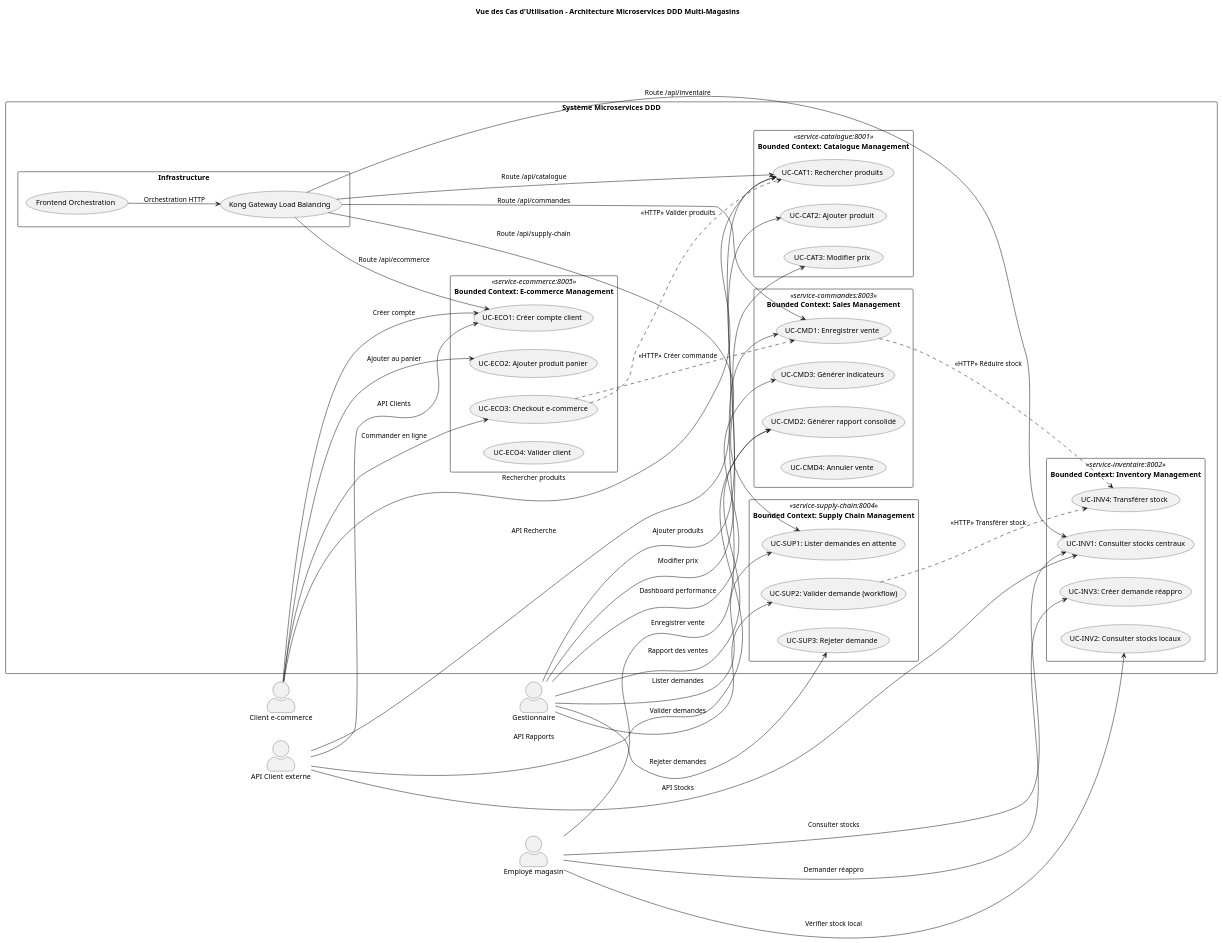
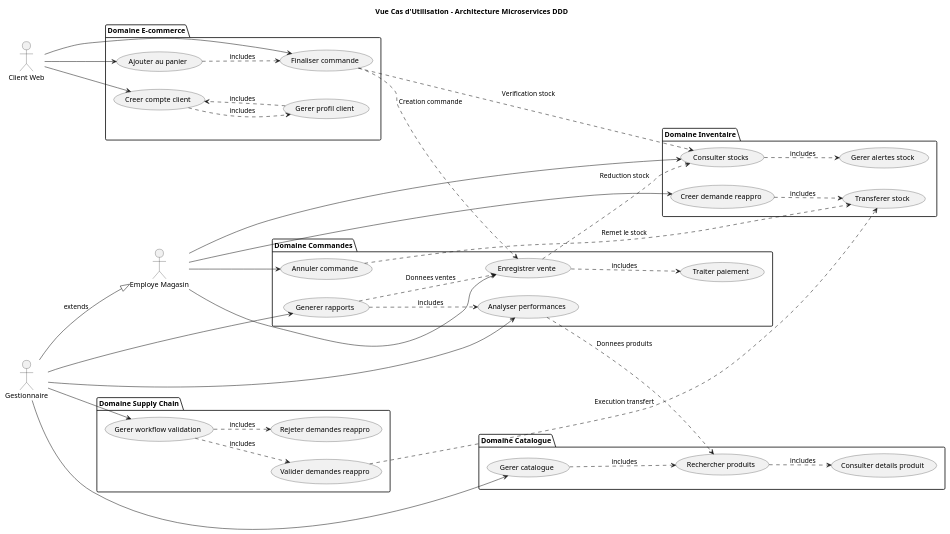
The diagram in docs/UML/vue-cas-utilisation.puml (TalipKoyluoglu/LOG430-Labo5), drawn with PlantUML before and after one commit. The commit also changed 15 other files, not shown here.

```diff
--- a/docs/UML/vue-cas-utilisation.puml
+++ b/docs/UML/vue-cas-utilisation.puml
@@ -1,96 +1,95 @@
-@startuml VueCasUtilisation
-skinparam backgroundColor #FFFFFF
-title Vue des Cas d'Utilisation - Architecture Microservices DDD Multi-Magasins
+@startuml scenarios
+
+title Vue Cas d'Utilisation - Architecture Microservices DDD
 
 left to right direction
-skinparam packageStyle rectangle
-skinparam actorStyle awesome
 
-actor "Employé magasin" as Employe
-actor "Gestionnaire" as Admin  
-actor "Client e-commerce" as ClientWeb
-actor "API Client externe" as ApiClient
+' Acteurs principaux
+actor "Client Web" as WebClient
+actor "Employe Magasin" as StoreEmployee
+actor "Gestionnaire" as Admin
 
-package "Système Microservices DDD" {
+' Héritage des rôles
+Admin --|> StoreEmployee : extends
+
+' Domaine Catalogue (service-catalogue)
+package "Domaine Catalogue" {
+    usecase "Rechercher produits" as UC01
+    usecase "Consulter details produit" as UC02
+    usecase "Gerer catalogue" as UC03
     
-    package "Bounded Context: Catalogue Management" <<service-catalogue:8001>> {
-        usecase "UC-CAT1: Rechercher produits" as UCAT1
-        usecase "UC-CAT2: Ajouter produit" as UCAT2
-        usecase "UC-CAT3: Modifier prix" as UCAT3
-    }
-    
-    package "Bounded Context: Inventory Management" <<service-inventaire:8002>> {
-        usecase "UC-INV1: Consulter stocks centraux" as UINV1
-        usecase "UC-INV2: Consulter stocks locaux" as UINV2
-        usecase "UC-INV3: Créer demande réappro" as UINV3
-        usecase "UC-INV4: Transférer stock" as UINV4
-    }
-    
-    package "Bounded Context: Sales Management" <<service-commandes:8003>> {
-        usecase "UC-CMD1: Enregistrer vente" as UCMD1
-        usecase "UC-CMD2: Générer rapport consolidé" as UCMD2
-        usecase "UC-CMD3: Générer indicateurs" as UCMD3
-        usecase "UC-CMD4: Annuler vente" as UCMD4
-    }
-    
-    package "Bounded Context: Supply Chain Management" <<service-supply-chain:8004>> {
-        usecase "UC-SUP1: Lister demandes en attente" as USUP1
-        usecase "UC-SUP2: Valider demande (workflow)" as USUP2
-        usecase "UC-SUP3: Rejeter demande" as USUP3
-    }
-    
-    package "Bounded Context: E-commerce Management" <<service-ecommerce:8005>> {
-        usecase "UC-ECO1: Créer compte client" as UECO1
-        usecase "UC-ECO2: Ajouter produit panier" as UECO2
-        usecase "UC-ECO3: Checkout e-commerce" as UECO3
-        usecase "UC-ECO4: Valider client" as UECO4
-    }
-    
-    package "Infrastructure" {
-        usecase "Kong Gateway Load Balancing" as GATEWAY
-        usecase "Frontend Orchestration" as FRONTEND
-    }
+    UC01 ..> UC02 : includes
+    UC03 ..> UC01 : includes
 }
 
-' Relations Employé Magasin
-Employe --> UCMD1 : Enregistrer vente
-Employe --> UINV1 : Consulter stocks
-Employe --> UINV2 : Vérifier stock local
-Employe --> UINV3 : Demander réappro
+' Domaine Inventaire (service-inventaire)
+package "Domaine Inventaire" {
+    usecase "Consulter stocks" as UC04
+    usecase "Creer demande reappro" as UC05
+    usecase "Transferer stock" as UC06
+    usecase "Gerer alertes stock" as UC07
+    
+    UC04 ..> UC07 : includes
+    UC05 ..> UC06 : includes
+}
 
-' Relations Gestionnaire 
-Admin --> UCMD2 : Rapport des ventes
-Admin --> UCMD3 : Dashboard performance
-Admin --> UCAT2 : Ajouter produits
-Admin --> UCAT3 : Modifier prix
-Admin --> USUP1 : Lister demandes
-Admin --> USUP2 : Valider demandes
-Admin --> USUP3 : Rejeter demandes
+' Domaine Commandes (service-commandes)
+package "Domaine Commandes" {
+    usecase "Enregistrer vente" as UC08
+    usecase "Traiter paiement" as UC09
+    usecase "Generer rapports" as UC10
+    usecase "Analyser performances" as UC11
+    usecase "Annuler commande" as UC20
+    UC08 ..> UC09 : includes
+    UC10 ..> UC11 : includes
+}
 
-' Relations Client E-commerce
-ClientWeb --> UECO1 : Créer compte
-ClientWeb --> UECO2 : Ajouter au panier
-ClientWeb --> UECO3 : Commander en ligne
-ClientWeb --> UCAT1 : Rechercher produits
+' Domaine Supply Chain (service-supply-chain)
+package "Domaine Supply Chain" {
+    usecase "Valider demandes reappro" as UC12
+    usecase "Gerer workflow validation" as UC14
+    usecase "Rejeter demandes reappro" as UC19
+    UC14 ..> UC19 : includes
+    UC14 ..> UC12 : includes
+}
 
-' Relations API Client externe
-ApiClient --> UCAT1 : API Recherche
-ApiClient --> UCMD2 : API Rapports
-ApiClient --> UINV1 : API Stocks
-ApiClient --> UECO1 : API Clients
+' Domaine E-commerce (service-ecommerce)
+package "Domaine E-commerce" {
+    usecase "Creer compte client" as UC15
+    usecase "Ajouter au panier" as UC16
+    usecase "Finaliser commande" as UC17
+    usecase "Gerer profil client" as UC18
+    
+    UC15 ..> UC18 : includes
+    UC16 ..> UC17 : includes
+    UC18 ..> UC15 : includes
+}
 
-' Communication inter-services (extends)
-UCMD1 ..> UINV4 : <<HTTP>> Réduire stock
-USUP2 ..> UINV4 : <<HTTP>> Transférer stock
-UECO3 ..> UCAT1 : <<HTTP>> Valider produits
-UECO3 ..> UCMD1 : <<HTTP>> Créer commande
+' Relations acteurs - cas d'utilisation
 
-' Infrastructure
-FRONTEND --> GATEWAY : Orchestration HTTP
-GATEWAY --> UCAT1 : Route /api/catalogue
-GATEWAY --> UINV1 : Route /api/inventaire  
-GATEWAY --> UCMD1 : Route /api/commandes
-GATEWAY --> USUP1 : Route /api/supply-chain
-GATEWAY --> UECO1 : Route /api/ecommerce
+' Client Web (E-commerce)
+WebClient --> UC15
+WebClient --> UC16
+WebClient --> UC17
 
+' Employe Magasin (droits de base)
+StoreEmployee --> UC04
+StoreEmployee --> UC05
+StoreEmployee --> UC08
+StoreEmployee --> UC20
+
+' Gestionnaire/Admin (hérite des droits employé + droits supplémentaires)
+Admin --> UC03
+Admin --> UC10
+Admin --> UC11
+Admin --> UC14
+
+' Relations inter-domaines critiques (communication HTTP)
+UC08 ..> UC04 : Reduction stock
+UC17 ..> UC04 : Verification stock
+UC17 ..> UC08 : Creation commande
+UC12 ..> UC06 : Execution transfert
+UC10 ..> UC08 : Donnees ventes
+UC11 ..> UC01 : Donnees produits
+UC20 ..> UC06 : Remet le stock 
 @enduml
```
